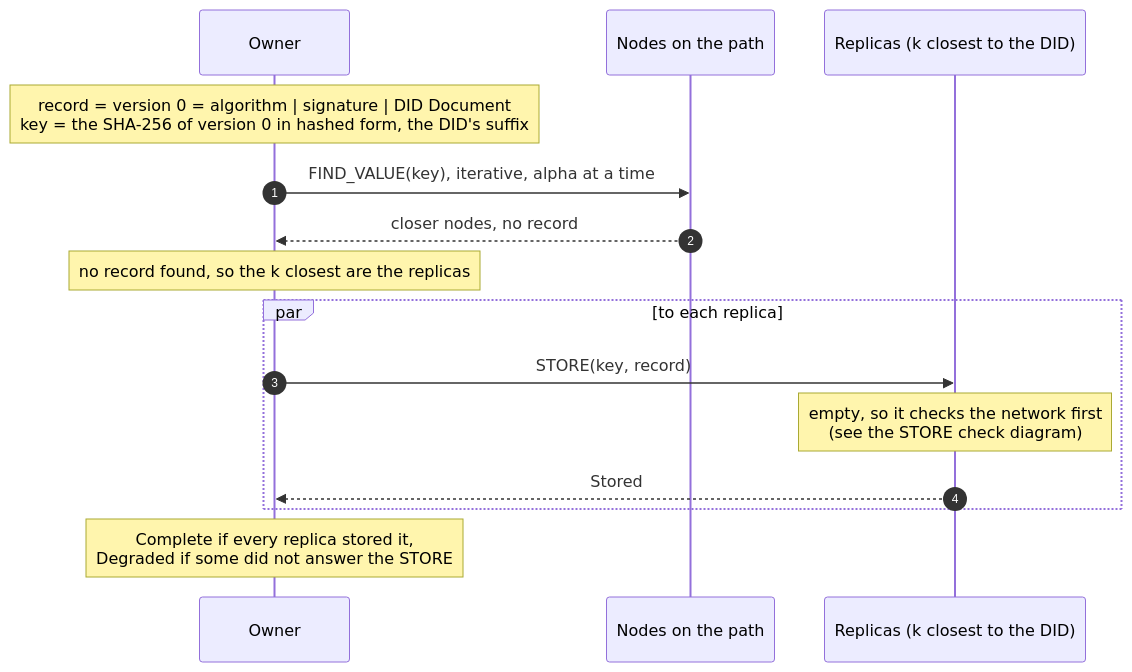
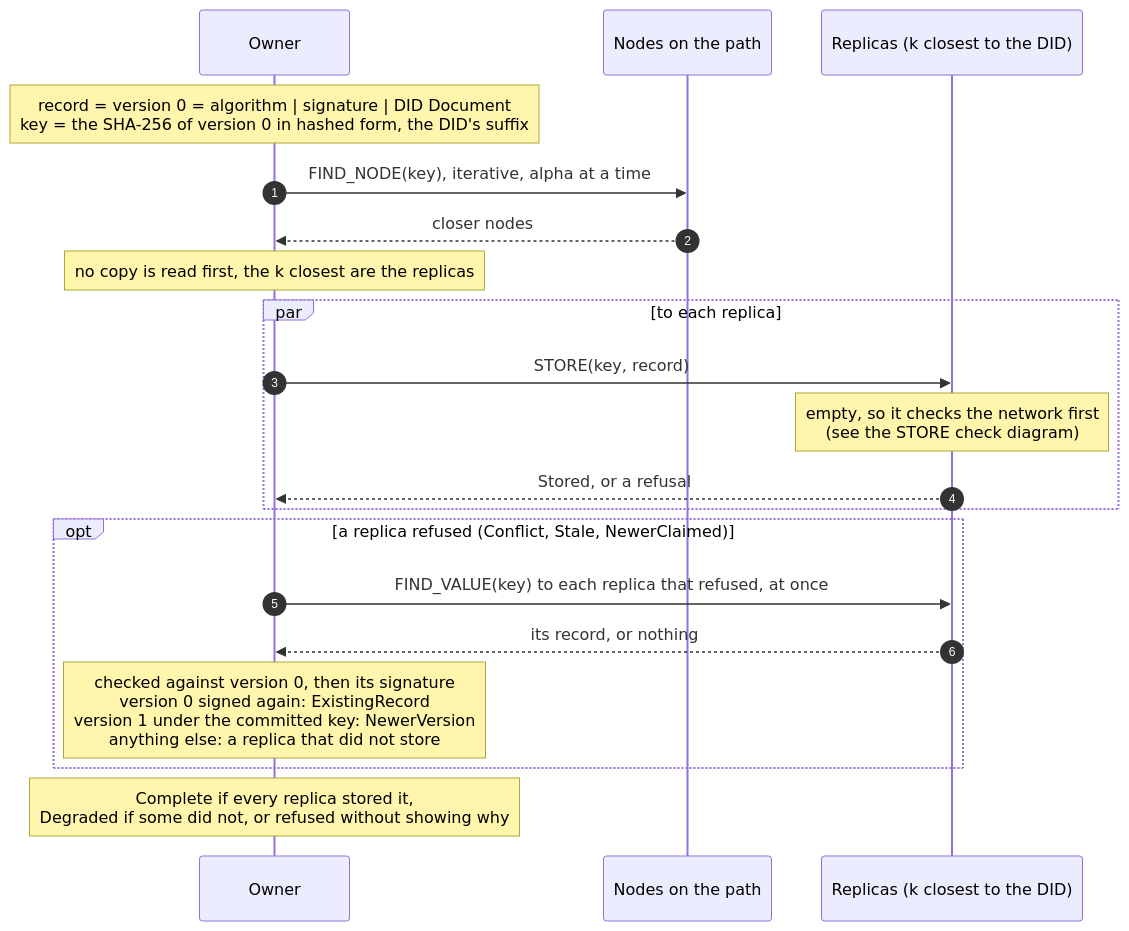
One commit to fratrung/auth-kademlia-rs changed the diagram in docs/design/publish.mmd. Above: the diagram before and after it, drawn with Mermaid. The commit also changed 8 other files, not shown here.

```diff
--- a/docs/design/publish.mmd
+++ b/docs/design/publish.mmd
@@ -1,15 +1,20 @@
 sequenceDiagram
     autonumber
     participant O as Owner
     participant N as Nodes on the path
     participant R as Replicas (k closest to the DID)
     Note over O: record = version 0 = algorithm | signature | DID Document<br/>key = the SHA-256 of version 0 in hashed form, the DID's suffix
-    O->>N: FIND_VALUE(key), iterative, alpha at a time
-    N-->>O: closer nodes, no record
-    Note over O: no record found, so the k closest are the replicas
+    O->>N: FIND_NODE(key), iterative, alpha at a time
+    N-->>O: closer nodes
+    Note over O: no copy is read first, the k closest are the replicas
     par to each replica
         O->>R: STORE(key, record)
         Note over R: empty, so it checks the network first<br/>(see the STORE check diagram)
-        R-->>O: Stored
+        R-->>O: Stored, or a refusal
     end
-    Note over O: Complete if every replica stored it,<br/>Degraded if some did not answer the STORE
+    opt a replica refused (Conflict, Stale, NewerClaimed)
+        O->>R: FIND_VALUE(key) to each replica that refused, at once
+        R-->>O: its record, or nothing
+        Note over O: checked against version 0, then its signature<br/>version 0 signed again: ExistingRecord<br/>version 1 under the committed key: NewerVersion<br/>anything else: a replica that did not store
+    end
+    Note over O: Complete if every replica stored it,<br/>Degraded if some did not, or refused without showing why
```
